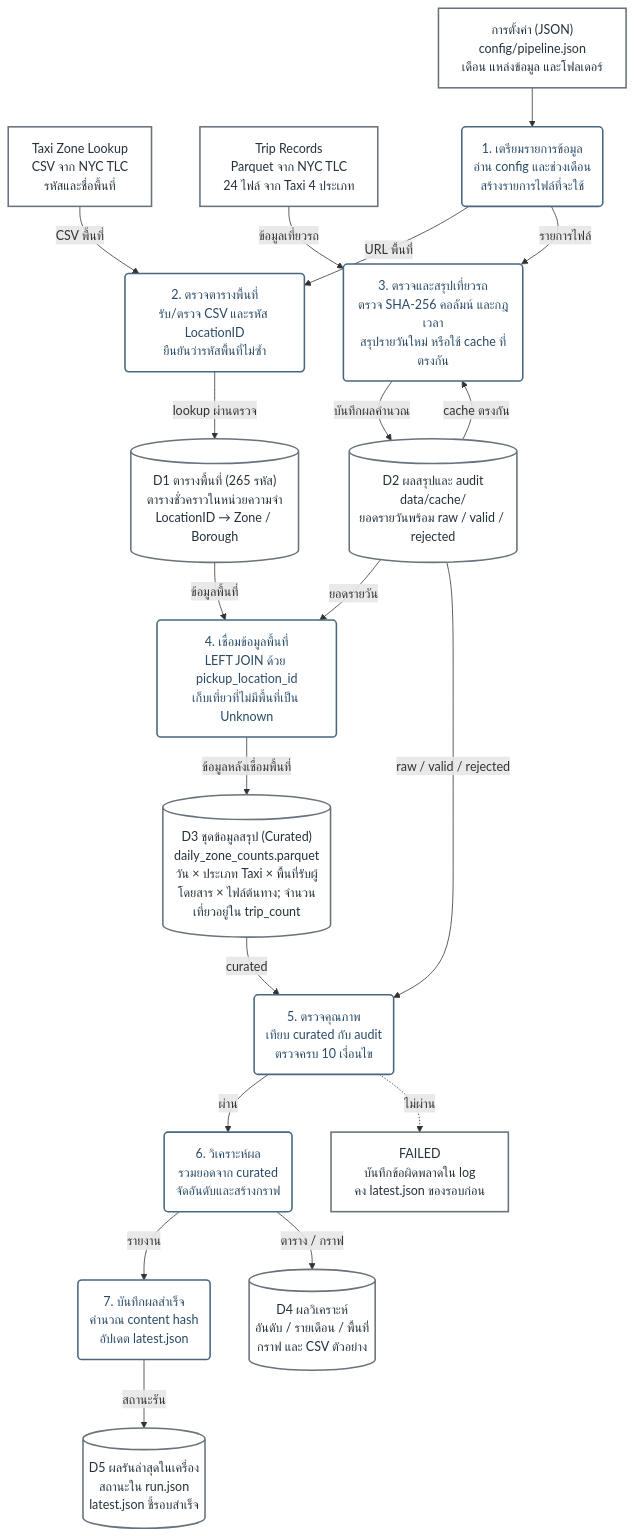
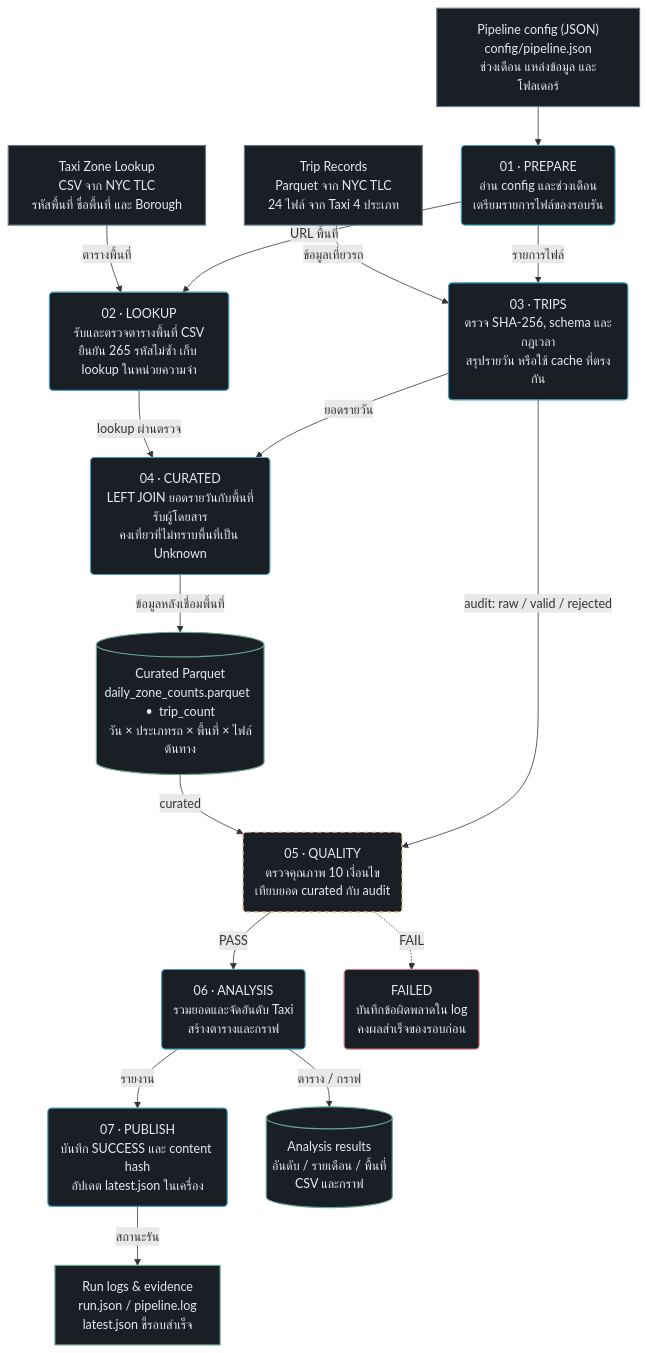
Before and after one commit to ronnakrit303/CS341-Submission2: the diagram in docs/pipeline.mmd, drawn with Mermaid. The commit also changed 4 other files, not shown here.

Commit message:
Use the approved dark data flow diagram in README

```diff
--- a/docs/pipeline.mmd
+++ b/docs/pipeline.mmd
@@ -1,75 +1,39 @@
 flowchart TD
-    %% Generated by scripts/render_pipeline_diagram.py; edit that file to regenerate both formats.
-    %% Colors and labels match docs/images/pipeline-data-flow.svg.
-    %% Numbered processes refer to log stages; arrows carry data, not parallel execution.
-    zoneSource["Taxi Zone Lookup
-CSV จาก NYC TLC
-รหัสและชื่อพื้นที่"]:::source
-    configSource["การตั้งค่า (JSON)
-config/pipeline.json
-เดือน แหล่งข้อมูล และโฟลเดอร์"]:::source
-    tripSource["Trip Records
-Parquet จาก NYC TLC
-24 ไฟล์ จาก Taxi 4 ประเภท"]:::source
-    prepare("1. เตรียมรายการข้อมูล
-อ่าน config และช่วงเดือน
-สร้างรายการไฟล์ที่จะใช้"):::process
-    lookup("2. ตรวจตารางพื้นที่
-รับ/ตรวจ CSV และรหัส LocationID
-ยืนยันว่ารหัสพื้นที่ไม่ซ้ำ"):::process
-    trips("3. ตรวจและสรุปเที่ยวรถ
-ตรวจ SHA-256 คอลัมน์ และกฎเวลา
-สรุปรายวันใหม่ หรือใช้ cache ที่ตรงกัน"):::process
-    zonesStore[("D1 ตารางพื้นที่ (265 รหัส)
-ตารางชั่วคราวในหน่วยความจำ
-LocationID → Zone / Borough")]:::store
-    aggregateStore[("D2 ผลสรุปและ audit
-data/cache/
-ยอดรายวันพร้อม raw / valid / rejected")]:::store
-    curate("4. เชื่อมข้อมูลพื้นที่
-LEFT JOIN ด้วย pickup_location_id
-เก็บเที่ยวที่ไม่มีพื้นที่เป็น Unknown"):::process
-    curatedStore[("D3 ชุดข้อมูลสรุป (Curated)
-daily_zone_counts.parquet
-วัน × ประเภท Taxi × พื้นที่รับผู้โดยสาร × ไฟล์ต้นทาง; จำนวนเที่ยวอยู่ใน trip_count")]:::store
-    quality("5. ตรวจคุณภาพ
-เทียบ curated กับ audit
-ตรวจครบ 10 เงื่อนไข"):::quality
-    analysis("6. วิเคราะห์ผล
-รวมยอดจาก curated
-จัดอันดับและสร้างกราฟ"):::process
-    publish("7. บันทึกผลสำเร็จ
-คำนวณ content hash
-อัปเดต latest.json"):::process
-    failed["FAILED
-บันทึกข้อผิดพลาดใน log
-คง latest.json ของรอบก่อน"]:::failed
-    resultStore[("D4 ผลวิเคราะห์
-อันดับ / รายเดือน / พื้นที่
-กราฟ และ CSV ตัวอย่าง")]:::store
-    successStore[("D5 ผลรันล่าสุดในเครื่อง
-สถานะใน run.json
-latest.json ชี้รอบสำเร็จ")]:::store
+    %% Generated by scripts/render_pipeline_diagram.py.
+    %% Same nodes and data relationships as the approved PNG/SVG.
+    %% Stage numbers show execution order; branches show data flow.
+    zoneSource["Taxi Zone Lookup<br/>CSV จาก NYC TLC<br/>รหัสพื้นที่ ชื่อพื้นที่ และ Borough"]:::source
+    configSource["Pipeline config (JSON)<br/>config/pipeline.json<br/>ช่วงเดือน แหล่งข้อมูล และโฟลเดอร์"]:::source
+    tripSource["Trip Records<br/>Parquet จาก NYC TLC<br/>24 ไฟล์ จาก Taxi 4 ประเภท"]:::source
+    prepare("01 · PREPARE<br/>อ่าน config และช่วงเดือน<br/>เตรียมรายการไฟล์ของรอบรัน"):::process
+    lookup("02 · LOOKUP<br/>รับและตรวจตารางพื้นที่ CSV<br/>ยืนยัน 265 รหัสไม่ซ้ำ เก็บ lookup ในหน่วยความจำ"):::process
+    trips("03 · TRIPS<br/>ตรวจ SHA-256, schema และกฎเวลา<br/>สรุปรายวัน หรือใช้ cache ที่ตรงกัน"):::process
+    curate("04 · CURATED<br/>LEFT JOIN ยอดรายวันกับพื้นที่รับผู้โดยสาร<br/>คงเที่ยวที่ไม่ทราบพื้นที่เป็น Unknown"):::process
+    curatedStore[("Curated Parquet<br/>daily_zone_counts.parquet  •  trip_count<br/>วัน × ประเภทรถ × พื้นที่ × ไฟล์ต้นทาง")]:::data
+    quality("05 · QUALITY<br/>ตรวจคุณภาพ 10 เงื่อนไข<br/>เทียบยอด curated กับ audit"):::quality
+    analysis("06 · ANALYSIS<br/>รวมยอดและจัดอันดับ Taxi<br/>สร้างตารางและกราฟ"):::process
+    publish("07 · PUBLISH<br/>บันทึก SUCCESS และ content hash<br/>อัปเดต latest.json ในเครื่อง"):::process
+    failed("FAILED<br/>บันทึกข้อผิดพลาดใน log<br/>คงผลสำเร็จของรอบก่อน"):::failed
+    analysisStore[("Analysis results<br/>อันดับ / รายเดือน / พื้นที่<br/>CSV และกราฟ")]:::data
+    runEvidence["Run logs & evidence<br/>run.json / pipeline.log<br/>latest.json ชี้รอบสำเร็จ"]:::evidence
     configSource --> prepare
-    zoneSource -->|"CSV พื้นที่"| lookup
+    zoneSource -->|"ตารางพื้นที่"| lookup
     tripSource -->|"ข้อมูลเที่ยวรถ"| trips
     prepare -->|"URL พื้นที่"| lookup
     prepare -->|"รายการไฟล์"| trips
-    lookup -->|"lookup ผ่านตรวจ"| zonesStore
-    trips -->|"บันทึกผลคำนวณ"| aggregateStore
-    aggregateStore -->|"cache ตรงกัน"| trips
-    zonesStore -->|"ข้อมูลพื้นที่"| curate
-    aggregateStore -->|"ยอดรายวัน"| curate
-    aggregateStore -->|"raw / valid / rejected"| quality
+    lookup -->|"lookup ผ่านตรวจ"| curate
+    trips -->|"ยอดรายวัน"| curate
     curate -->|"ข้อมูลหลังเชื่อมพื้นที่"| curatedStore
     curatedStore -->|"curated"| quality
-    quality -->|"ผ่าน"| analysis
-    quality -.->|"ไม่ผ่าน"| failed
+    trips -->|"audit: raw / valid / rejected"| quality
+    quality -->|"PASS"| analysis
     analysis -->|"รายงาน"| publish
-    analysis -->|"ตาราง / กราฟ"| resultStore
-    publish -->|"สถานะรัน"| successStore
-    classDef source fill:#FFFFFF,stroke:#68737D,color:#25313B,stroke-width:2px
-    classDef process fill:#FFFFFF,stroke:#486781,color:#294A65,stroke-width:2px
-    classDef store fill:#FFFFFF,stroke:#68737D,color:#25313B,stroke-width:2px
-    classDef quality fill:#FFFFFF,stroke:#486781,color:#294A65,stroke-width:2px
-    classDef failed fill:#FFFFFF,stroke:#68737D,color:#25313B,stroke-width:2px
+    quality -.->|"FAIL"| failed
+    analysis -->|"ตาราง / กราฟ"| analysisStore
+    publish -->|"สถานะรัน"| runEvidence
+    classDef source fill:#191F24,stroke:#667481,color:#E5EBF0,stroke-width:1.5px
+    classDef process fill:#191F24,stroke:#489EC0,color:#E5EBF0,stroke-width:1.5px
+    classDef data fill:#191F24,stroke:#69A992,color:#E5EBF0,stroke-width:1.5px
+    classDef evidence fill:#191F24,stroke:#69A992,color:#E5EBF0,stroke-width:1.5px
+    classDef quality fill:#191F24,stroke:#D4AB67,color:#E5EBF0,stroke-width:1.5px,stroke-dasharray:5 5
+    classDef failed fill:#191F24,stroke:#D27B80,color:#E5EBF0,stroke-width:1.5px
```
